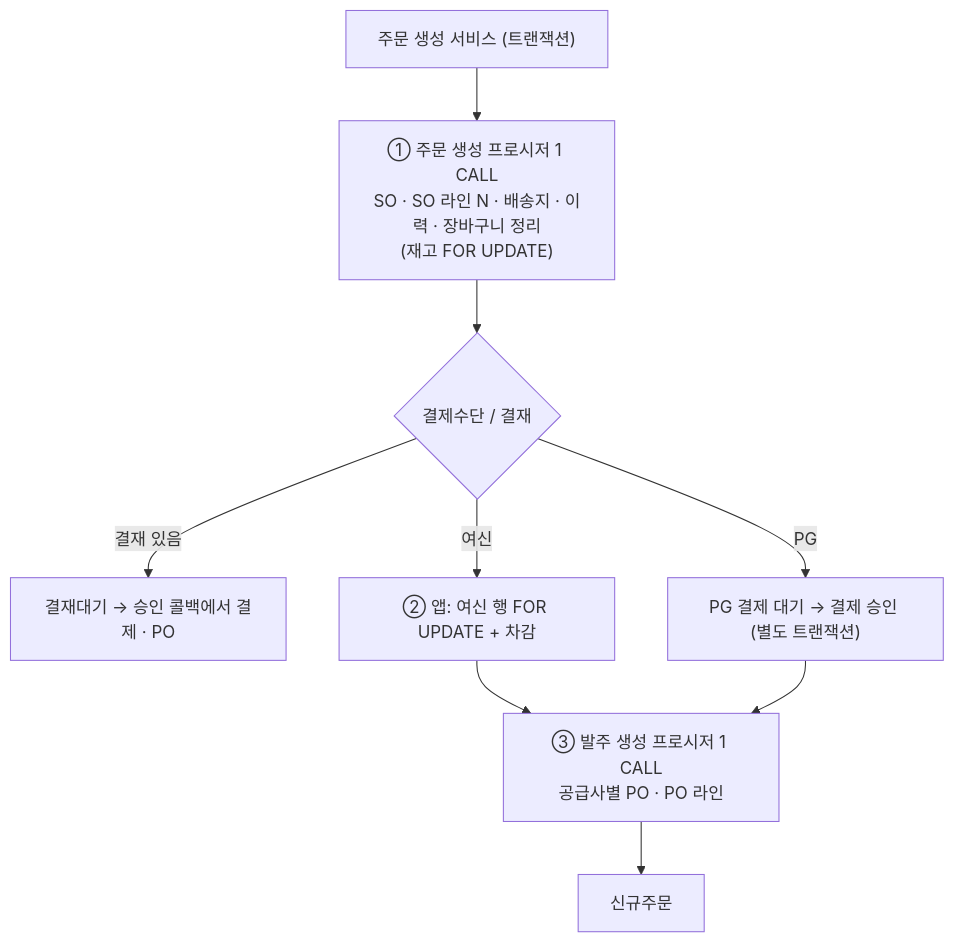
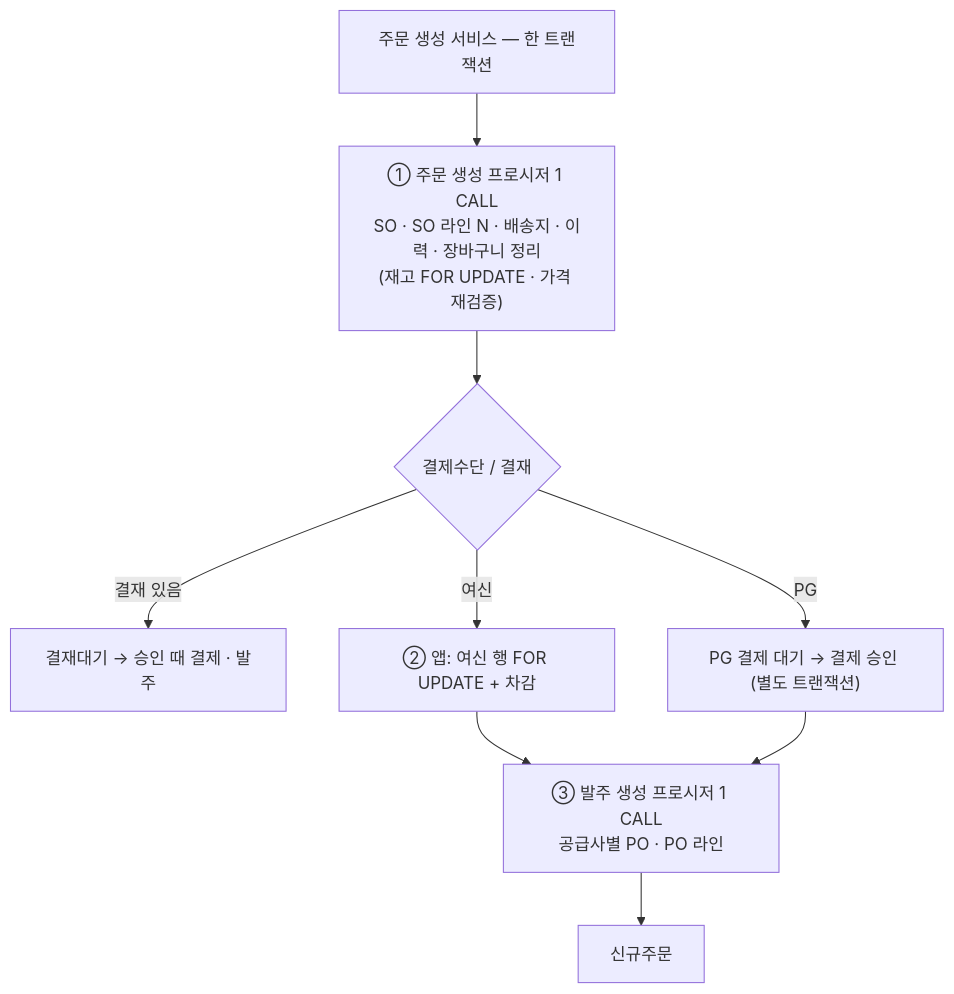
The diagram in src/content/features/b2b/order-payment/diagram-3.mmd (06171002/06171002.github.io), drawn with Mermaid before and after one commit. The commit also changed 195 other files, not shown here.

```diff
--- a/src/content/features/b2b/order-payment/diagram-3.mmd
+++ b/src/content/features/b2b/order-payment/diagram-3.mmd
@@ -1,9 +1,9 @@
 flowchart TD
-    A["주문 생성 서비스 (트랜잭션)"] --> B["① 주문 생성 프로시저 1 CALL<br/>SO · SO 라인 N · 배송지 · 이력 · 장바구니 정리<br/>(재고 FOR UPDATE)"]
+    A["주문 생성 서비스 — 한 트랜잭션"] --> B["① 주문 생성 프로시저 1 CALL<br/>SO · SO 라인 N · 배송지 · 이력 · 장바구니 정리<br/>(재고 FOR UPDATE · 가격 재검증)"]
     B --> C{"결제수단 / 결재"}
-    C -->|"결재 있음"| D["결재대기 → 승인 콜백에서 결제 · PO"]
+    C -->|"결재 있음"| D["결재대기 → 승인 때 결제 · 발주"]
     C -->|"여신"| E["② 앱: 여신 행 FOR UPDATE + 차감"]
     C -->|"PG"| F["PG 결제 대기 → 결제 승인 (별도 트랜잭션)"]
     E --> G["③ 발주 생성 프로시저 1 CALL<br/>공급사별 PO · PO 라인"]
     F --> G
     G --> H["신규주문"]
```
